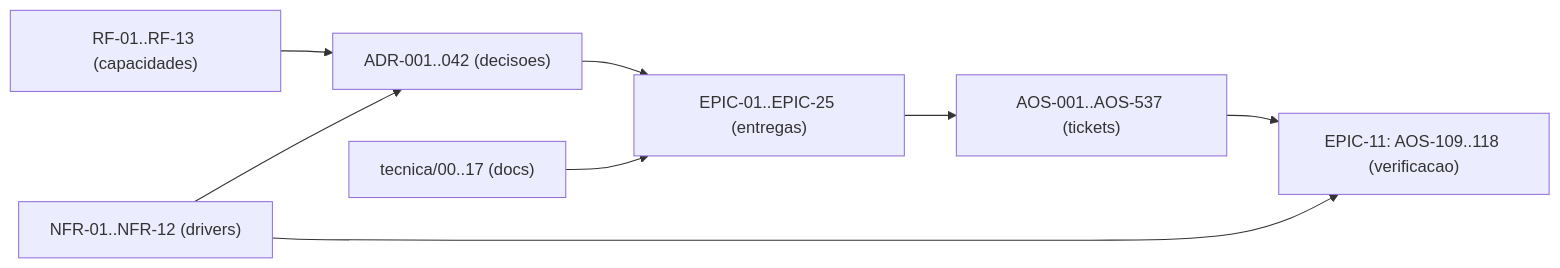
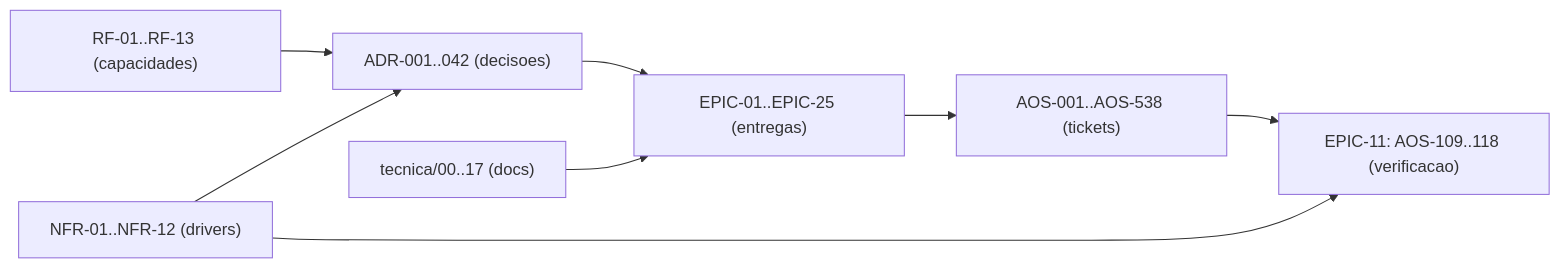
The diagram in tecnica/16_Rastreabilidade_RTM.md (albinoJimy/aos), drawn with Mermaid before and after one commit. The commit also changed other lines of this file and 2 other files, not shown here.

Commit message:
docs(AOS-538): ticket e emenda ao ADR-034 — o taint decide pelo destino da tool

````diff
--- a/tecnica/16_Rastreabilidade_RTM.md
+++ b/tecnica/16_Rastreabilidade_RTM.md
@@ -211,10 +211,10 @@
 ```mermaid
 flowchart LR
     RF["RF-01..RF-13 (capacidades)"] --> ADR["ADR-001..042 (decisoes)"]
     NFR["NFR-01..NFR-12 (drivers)"] --> ADR
     ADR --> EPIC["EPIC-01..EPIC-25 (entregas)"]
-    EPIC --> TICK["AOS-001..AOS-537 (tickets)"]
+    EPIC --> TICK["AOS-001..AOS-538 (tickets)"]
     DOC["tecnica/00..17 (docs)"] --> EPIC
     TICK --> TEST["EPIC-11: AOS-109..118 (verificacao)"]
     NFR --> TEST
 ```
````
